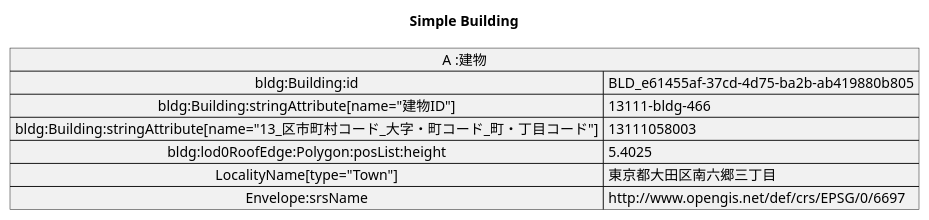
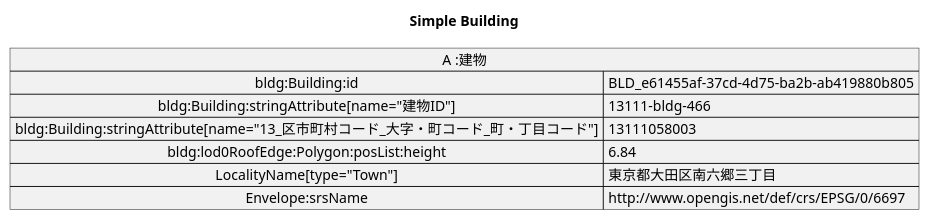
The diagram in doc/building/sample-a-A-gml.pu (yuuhayashi/citygml-osm), drawn with PlantUML before and after one commit. The commit also changed 26 other files, not shown here.

```diff
--- a/doc/building/sample-a-A-gml.pu
+++ b/doc/building/sample-a-A-gml.pu
@@ -1,11 +1,11 @@
 @startuml
 title Simple Building
 map "A :建物" as A {
  bldg:Building:id => BLD_e61455af-37cd-4d75-ba2b-ab419880b805
  bldg:Building:stringAttribute[name="建物ID"] => 13111-bldg-466
  bldg:Building:stringAttribute[name="13_区市町村コード_大字・町コード_町・丁目コード"] => 13111058003
- bldg:lod0RoofEdge:Polygon:posList:height => 5.4025
+ bldg:lod0RoofEdge:Polygon:posList:height => 6.84
  LocalityName[type="Town"] => 東京都大田区南六郷三丁目
  Envelope:srsName => http://www.opengis.net/def/crs/EPSG/0/6697
 }
 @enduml
```
